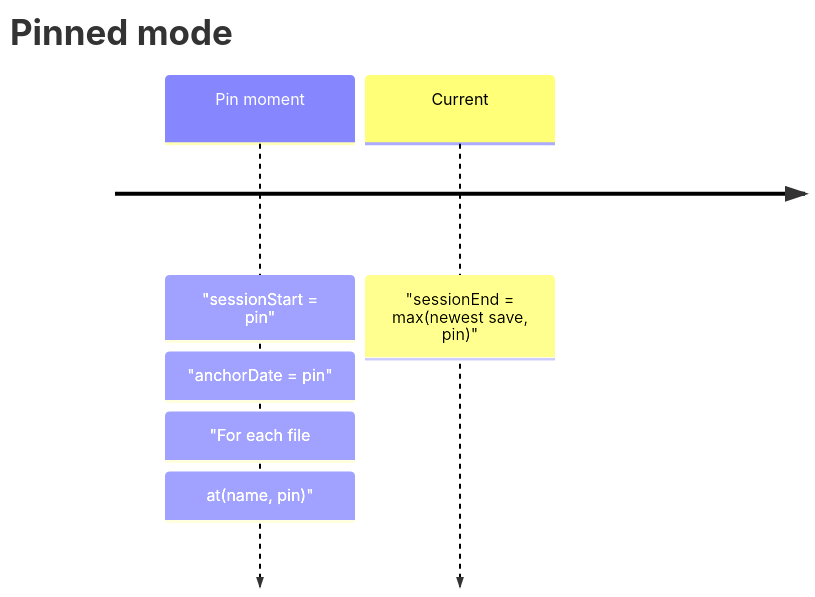
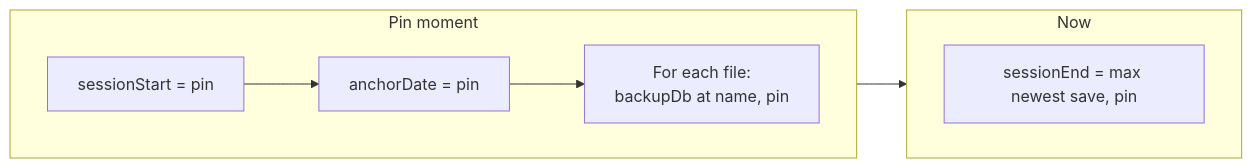
Before and after one commit to kaimeyerdev/d2rsave: the tenth of 10 diagrams in docs/session-logic.md, drawn with Mermaid. The commit also changed other lines of this file, not shown here.

First line of the commit message:
docs: replace mermaid timeline blocks with flowchart LR

````diff
--- a/docs/session-logic.md
+++ b/docs/session-logic.md
@@ -259,8 +262,12 @@
 ```mermaid
-timeline
-    title Pinned mode
-    Pin moment       : "sessionStart = pin"
-                     : "anchorDate = pin"
-                     : "For each file: at(name, pin)"
-    Current          : "sessionEnd = max(newest save, pin)"
+flowchart LR
+    subgraph PinM ["Pin moment"]
+        direction LR
+        A[sessionStart = pin] --> B[anchorDate = pin] --> C[For each file:<br/>backupDb at name, pin]
+    end
+    subgraph Now ["Now"]
+        direction LR
+        D[sessionEnd = max newest save, pin]
+    end
+    PinM --> Now
 ```
````
